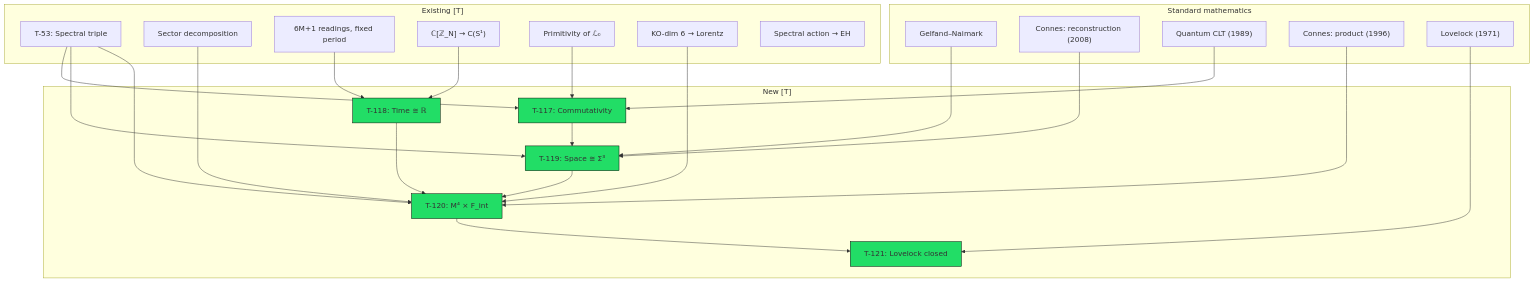
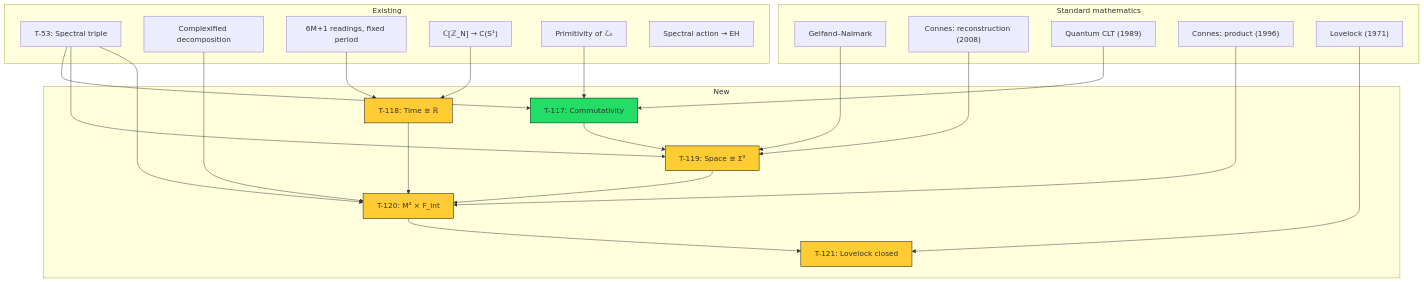
The diagram in website/docs/proofs/physics/emergent-manifold.md (gst-st/uhm), drawn with Mermaid before and after one commit. The commit also changed other lines of this file and 40 other files, not shown here.

````diff
--- a/website/docs/proofs/physics/emergent-manifold.md
+++ b/website/docs/proofs/physics/emergent-manifold.md
@@ -533,56 +543,54 @@
 ```mermaid
 graph TD
-    subgraph "Existing [Т]"
+    subgraph "Existing"
         T53["T-53: Spectral triple"]
-        SEC["Sector decomposition"]
+        SEC["Complexified decomposition"]
         NEFF["6M+1 readings, fixed period"]
         CLIM["ℂ#91;ℤ_N#93; → C#40;S¹#41;"]
         PRIM["Primitivity of ℒ₀"]
-        KO["KO-dim 6 → Lorentz"]
         SPEC["Spectral action → EH"]
     end
 
     subgraph "Standard mathematics"
         GN["Gelfand–Naimark"]
         CR["Connes: reconstruction #40;2008#41;"]
         QCLT["Quantum CLT #40;1989#41;"]
         CP["Connes: product #40;1996#41;"]
         LOV["Lovelock #40;1971#41;"]
     end
 
-    subgraph "New [Т]"
+    subgraph "New"
         T117["T-117: Commutativity"]
         T118["T-118: Time ≅ ℝ"]
         T119["T-119: Space ≅ Σ³"]
         T120["T-120: M⁴ × F_int"]
         T121["T-121: Lovelock closed"]
     end
 
     PRIM --> T117
     QCLT --> T117
     T53 --> T117
 
     NEFF --> T118
     CLIM --> T118
 
     T117 --> T119
     GN --> T119
     CR --> T119
     T53 --> T119
 
     T118 --> T120
     T119 --> T120
     T53 --> T120
     CP --> T120
     SEC --> T120
-    KO --> T120
 
     T120 --> T121
     LOV --> T121
 
     style T117 fill:#2d6,stroke:#000
-    style T118 fill:#2d6,stroke:#000
-    style T119 fill:#2d6,stroke:#000
-    style T120 fill:#2d6,stroke:#000
-    style T121 fill:#2d6,stroke:#000
+    style T118 fill:#fc3,stroke:#000
+    style T119 fill:#fc3,stroke:#000
+    style T120 fill:#fc3,stroke:#000
+    style T121 fill:#fc3,stroke:#000
 ```
````
